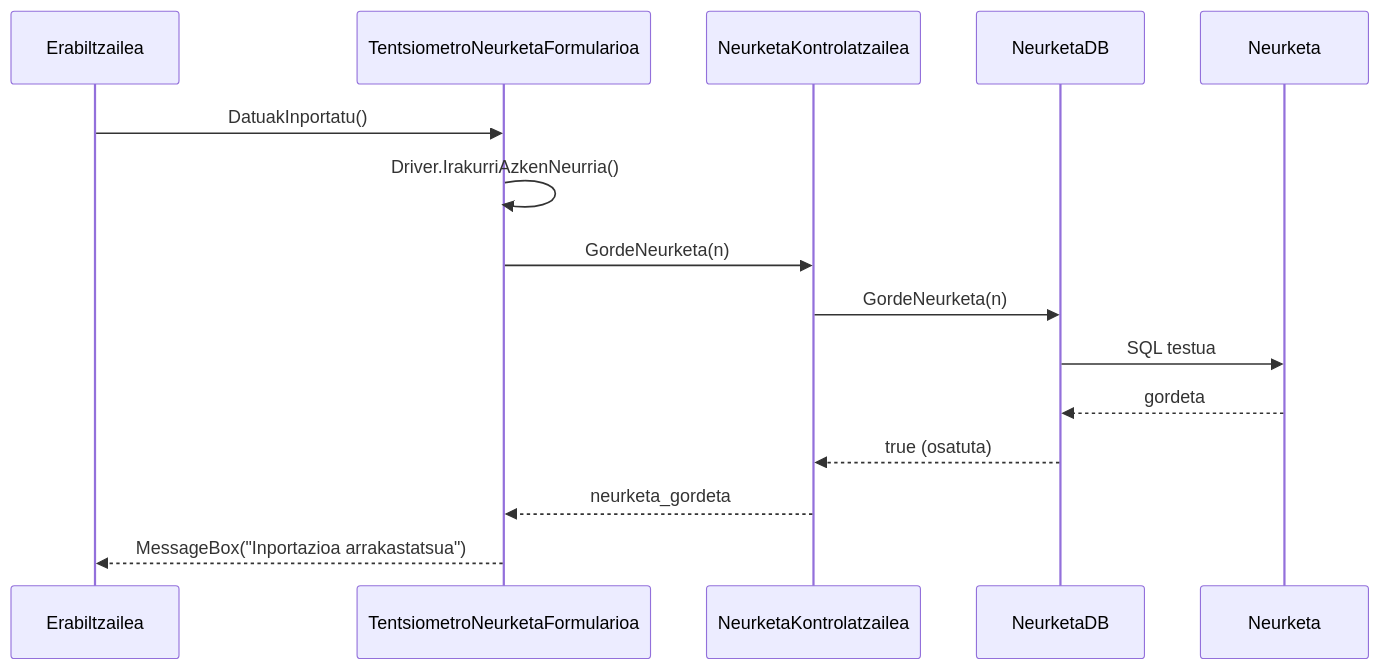
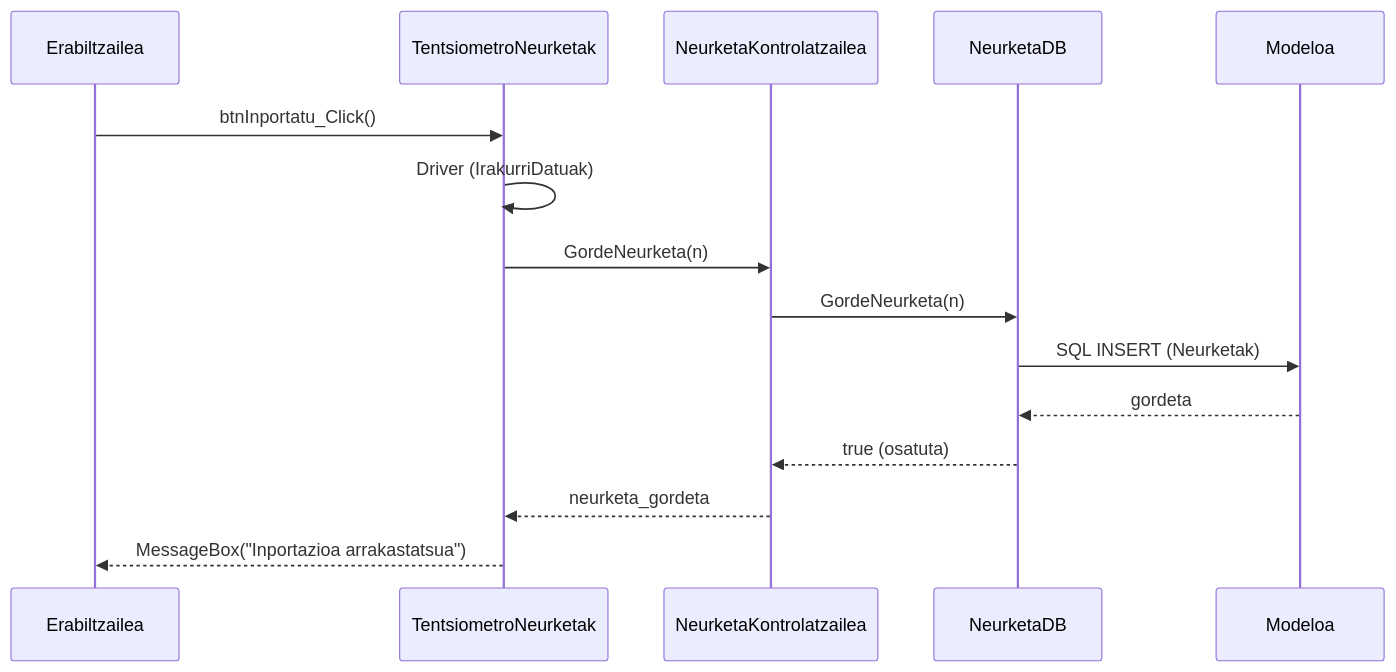
One commit to AnderUrienGoierri/GOsasun_app changed the diagram in sekuentzia_diagramak/4_neurketa_inportatu.md. Above: the diagram before and after it, drawn with Mermaid. The commit also changed other lines of this file and 21 other files, not shown here.

Commit message:
Interfaze berriak (ErabiltzaileaSortu) eta Sekuentzia Diagramak eguneratu diren 3 geruzako arkitekturara

````diff
--- a/sekuentzia_diagramak/4_neurketa_inportatu.md
+++ b/sekuentzia_diagramak/4_neurketa_inportatu.md
@@ -26,19 +26,25 @@
 ```mermaid
 sequenceDiagram
     participant P as Erabiltzailea
-    participant I as TentsiometroNeurketaFormularioa
+    participant I as TentsiometroNeurketak
     participant K as NeurketaKontrolatzailea
     participant DB as NeurketaDB
     participant KL as Neurketa
 
-    P->>I: DatuakInportatu()
-    I->>I: Driver.IrakurriAzkenNeurria()
+    participant P as Erabiltzailea
+    participant I as TentsiometroNeurketak
+    participant K as NeurketaKontrolatzailea
+    participant DB as NeurketaDB
+    participant KL as Modeloa
+
+    P->>I: btnInportatu_Click()
+    I->>I: Driver (IrakurriDatuak)
     I->>K: GordeNeurketa(n)
     K->>DB: GordeNeurketa(n)
     
-    DB->>KL: SQL testua
+    DB->>KL: SQL INSERT (Neurketak)
     KL-->>DB: gordeta
     DB-->>K: true (osatuta)
     K-->>I: neurketa_gordeta
     I-->>P: MessageBox("Inportazioa arrakastatsua")
 ```
````
